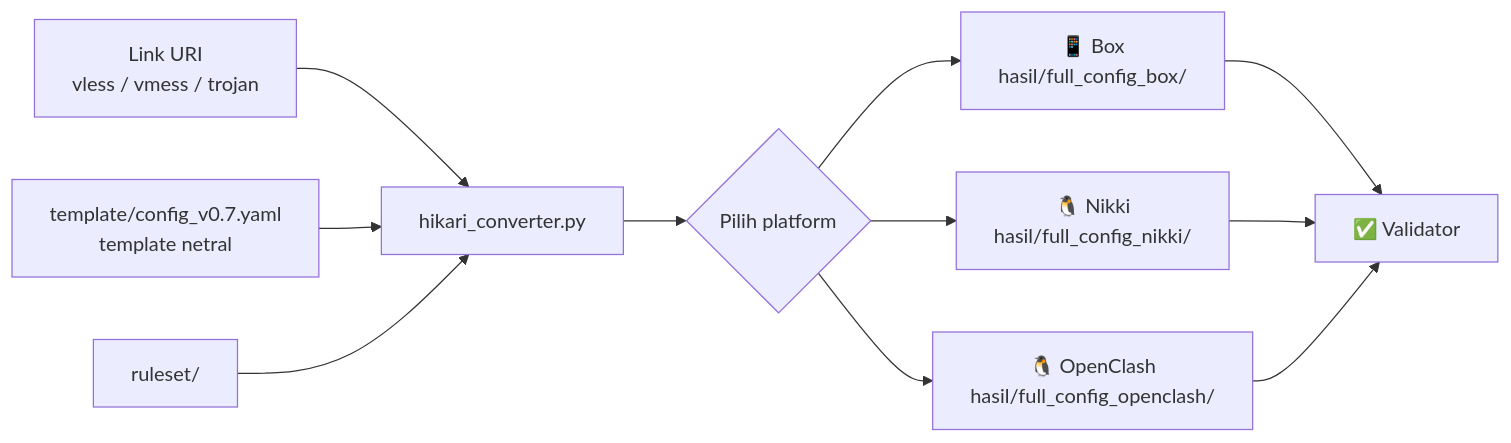
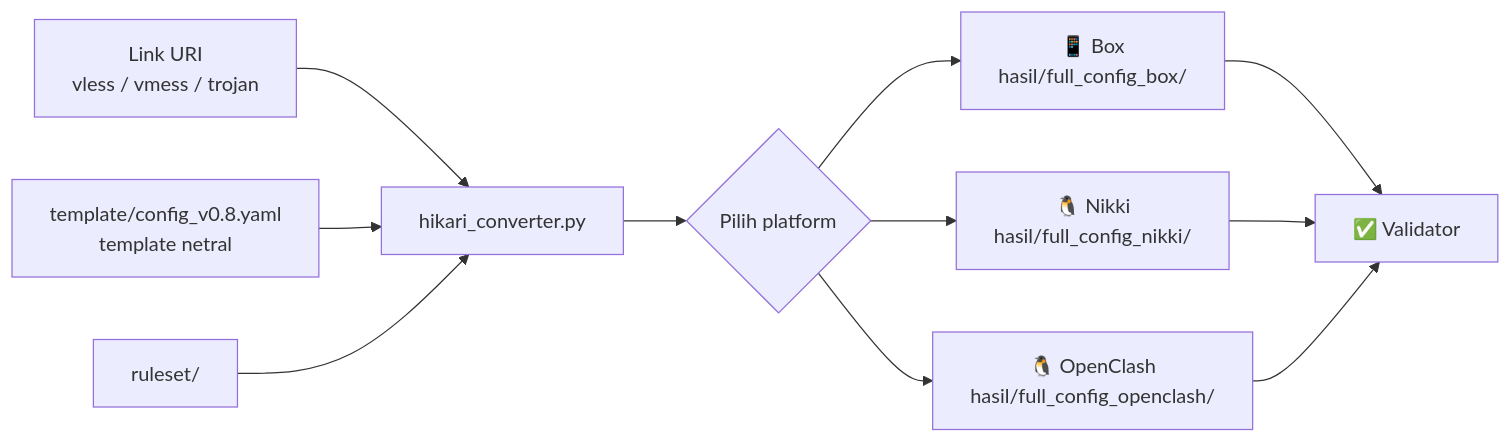
Before and after one commit to nexterade/hikari-clash: the diagram in README.md, drawn with Mermaid. The commit also changed other lines of this file and 9 other files, not shown here.

````diff
--- a/README.md
+++ b/README.md
@@ -71,13 +97,13 @@
 ```mermaid
 flowchart LR
     A[Link URI<br/>vless / vmess / trojan] --> B[hikari_converter.py]
-    T[template/config_v0.7.yaml<br/>template netral] --> B
+    T[template/config_v0.8.yaml<br/>template netral] --> B
     R[ruleset/] --> B
     B --> P{Pilih platform}
     P --> X[📱 Box<br/>hasil/full_config_box/]
     P --> Y[🐧 Nikki<br/>hasil/full_config_nikki/]
     P --> Z[🐧 OpenClash<br/>hasil/full_config_openclash/]
     X --> V[✅ Validator]
     Y --> V
     Z --> V
 ```
````
